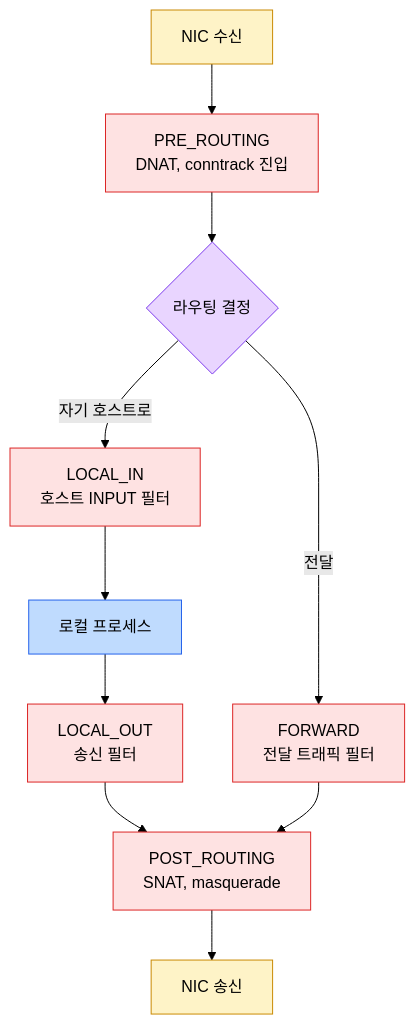
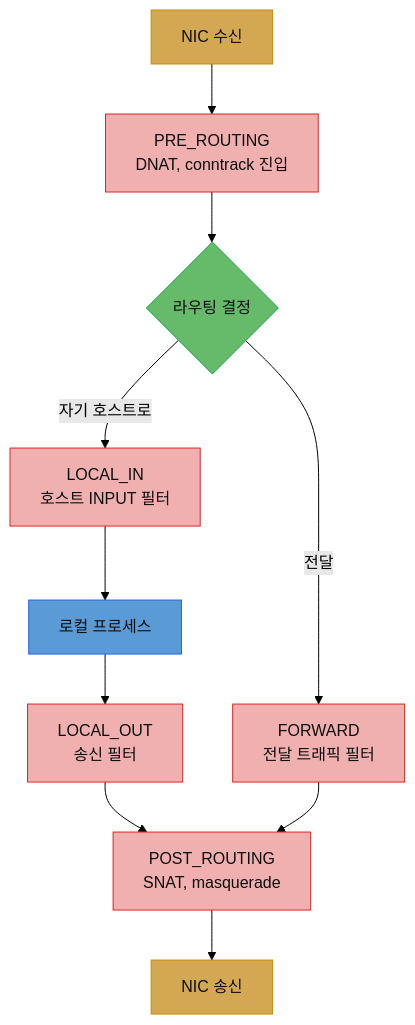
One commit to scofe97/StduyWrite changed the third of 4 diagrams in write/02_os/networking/01-01.네트워킹 기초.md. Above: the diagram before and after it, drawn with Mermaid (forest theme). The commit also changed other lines of this file and 2 other files, not shown here.

````diff
--- a/write/02_os/networking/01-01.네트워킹 기초.md
+++ b/write/02_os/networking/01-01.네트워킹 기초.md
@@ -295,27 +324,27 @@
 ```mermaid
 graph TB
     NIN["NIC 수신"]
     PRE["PRE_ROUTING<br/>DNAT, conntrack 진입"]
     R{라우팅 결정}
     LIN["LOCAL_IN<br/>호스트 INPUT 필터"]
     HOST["로컬 프로세스"]
     FWD["FORWARD<br/>전달 트래픽 필터"]
     LOUT["LOCAL_OUT<br/>송신 필터"]
     POST["POST_ROUTING<br/>SNAT, masquerade"]
     NOUT["NIC 송신"]
 
     NIN --> PRE --> R
     R -->|"자기 호스트로"| LIN --> HOST
     HOST --> LOUT --> POST --> NOUT
     R -->|"전달"| FWD --> POST
 
-    style NIN fill:#fef3c7,stroke:#ca8a04,color:#000
-    style NOUT fill:#fef3c7,stroke:#ca8a04,color:#000
-    style PRE fill:#fee2e2,stroke:#dc2626,color:#000
-    style LIN fill:#fee2e2,stroke:#dc2626,color:#000
-    style FWD fill:#fee2e2,stroke:#dc2626,color:#000
-    style LOUT fill:#fee2e2,stroke:#dc2626,color:#000
-    style POST fill:#fee2e2,stroke:#dc2626,color:#000
-    style R fill:#e9d5ff,stroke:#7c3aed,color:#000
-    style HOST fill:#bfdbfe,stroke:#2563eb,color:#000
+    style NIN fill:#d4a853,stroke:#ca8a04,color:#0d0d0d
+    style NOUT fill:#d4a853,stroke:#ca8a04,color:#0d0d0d
+    style PRE fill:#f0b0b0,stroke:#dc2626,color:#0d0d0d
+    style LIN fill:#f0b0b0,stroke:#dc2626,color:#0d0d0d
+    style FWD fill:#f0b0b0,stroke:#dc2626,color:#0d0d0d
+    style LOUT fill:#f0b0b0,stroke:#dc2626,color:#0d0d0d
+    style POST fill:#f0b0b0,stroke:#dc2626,color:#0d0d0d
+    style R fill:#66bb6a,stroke:#16a34a,color:#0d0d0d
+    style HOST fill:#5b9bd5,stroke:#2563eb,color:#0d0d0d
 ```
````
